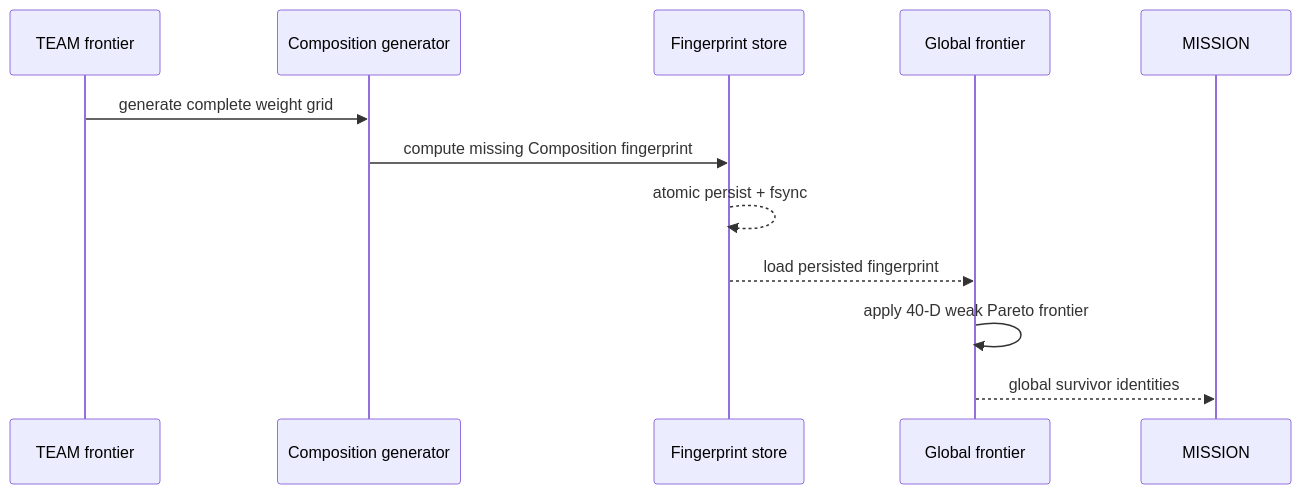
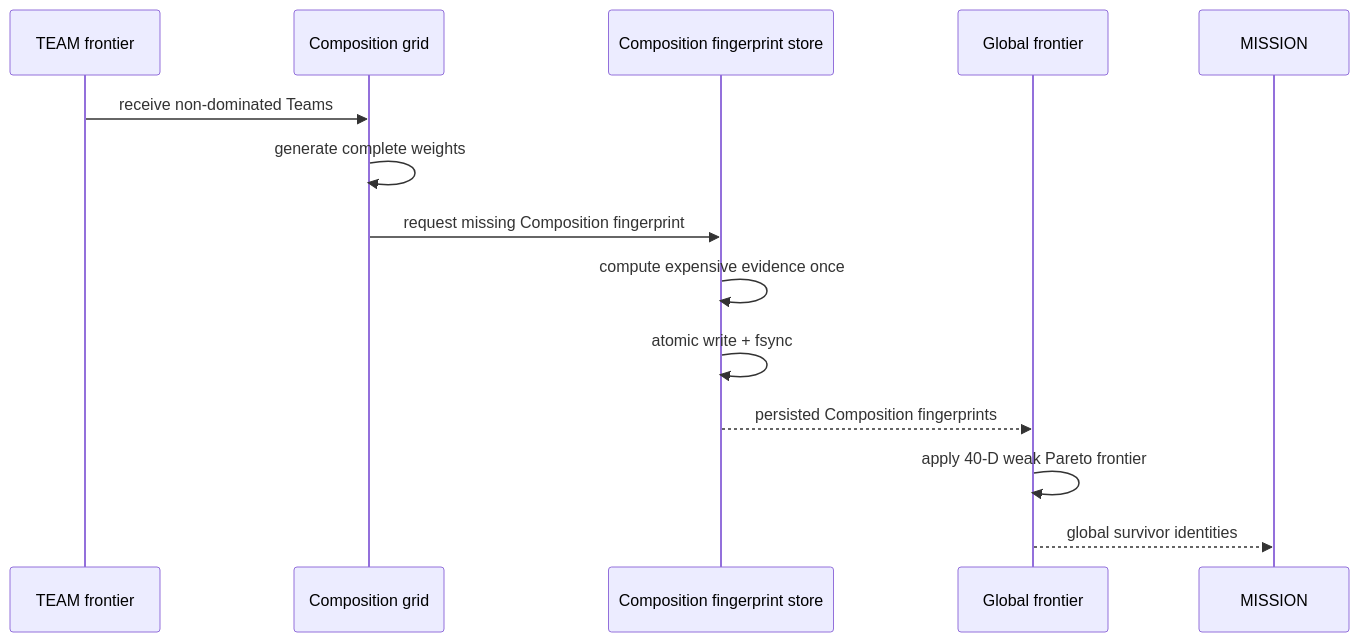
One commit to rrajeshkannan/lakshya changed the fourth of 6 diagrams in docs/Lakshya_Pipeline_Sequence.md. Above: the diagram before and after it, drawn with Mermaid. The commit also changed other lines of this file, not shown here.

````diff
--- a/docs/Lakshya_Pipeline_Sequence.md
+++ b/docs/Lakshya_Pipeline_Sequence.md
@@ -113,15 +136,17 @@
 ```mermaid
 sequenceDiagram
     participant TEAM as TEAM frontier
-    participant Grid as Composition generator
-    participant Evidence as Fingerprint store
+    participant Grid as Composition grid
+    participant Store as Composition fingerprint store
     participant Global as Global frontier
     participant MISSION as MISSION
 
-    TEAM->>Grid: generate complete weight grid
-    Grid->>Evidence: compute missing Composition fingerprint
-    Evidence-->>Evidence: atomic persist + fsync
-    Evidence-->>Global: load persisted fingerprint
+    TEAM->>Grid: receive non-dominated Teams
+    Grid->>Grid: generate complete weights
+    Grid->>Store: request missing Composition fingerprint
+    Store->>Store: compute expensive evidence once
+    Store->>Store: atomic write + fsync
+    Store-->>Global: persisted Composition fingerprints
     Global->>Global: apply 40-D weak Pareto frontier
     Global-->>MISSION: global survivor identities
 ```
````
